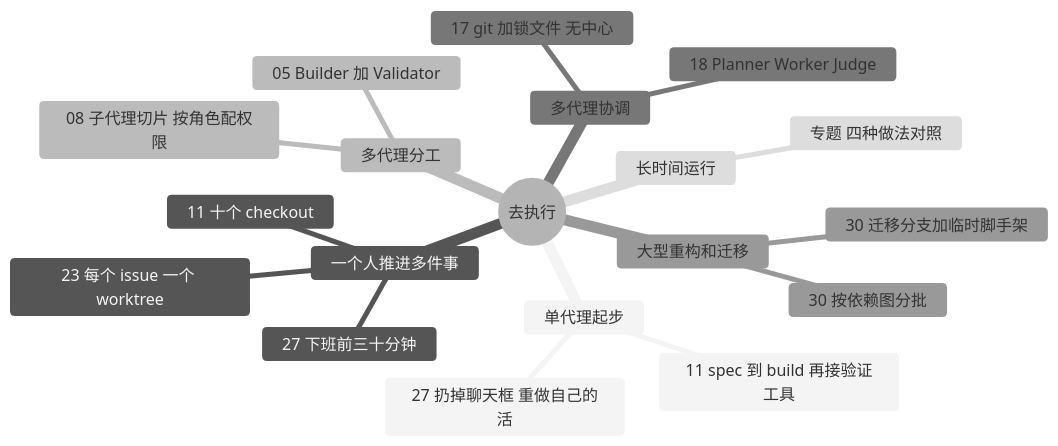
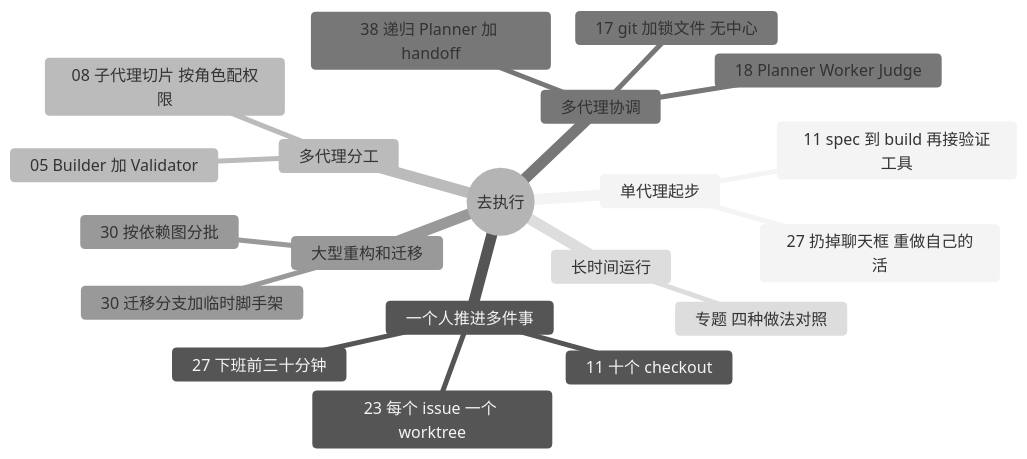
The diagram in docs/guide/execution.md (yzw7489757/ai-coding-videos), drawn with Mermaid (neutral theme) before and after one commit. The commit also changed other lines of this file and 20 other files, not shown here.

````diff
--- a/docs/guide/execution.md
+++ b/docs/guide/execution.md
@@ -13,22 +13,23 @@
 ```mermaid
 mindmap
   root((去执行))
     单代理起步
       27 扔掉聊天框 重做自己的活
       11 spec 到 build 再接验证工具
     一个人推进多件事
       11 十个 checkout
       23 每个 issue 一个 worktree
       27 下班前三十分钟
     多代理分工
       05 Builder 加 Validator
       08 子代理切片 按角色配权限
     多代理协调
       17 git 加锁文件 无中心
       18 Planner Worker Judge
+      38 递归 Planner 加 handoff
     大型重构和迁移
       30 按依赖图分批
       30 迁移分支加临时脚手架
     长时间运行
       专题 四种做法对照
 ```
````
